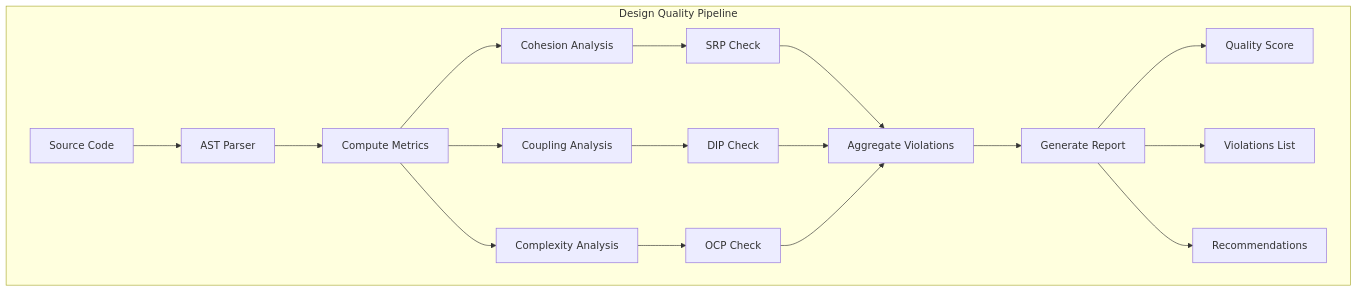
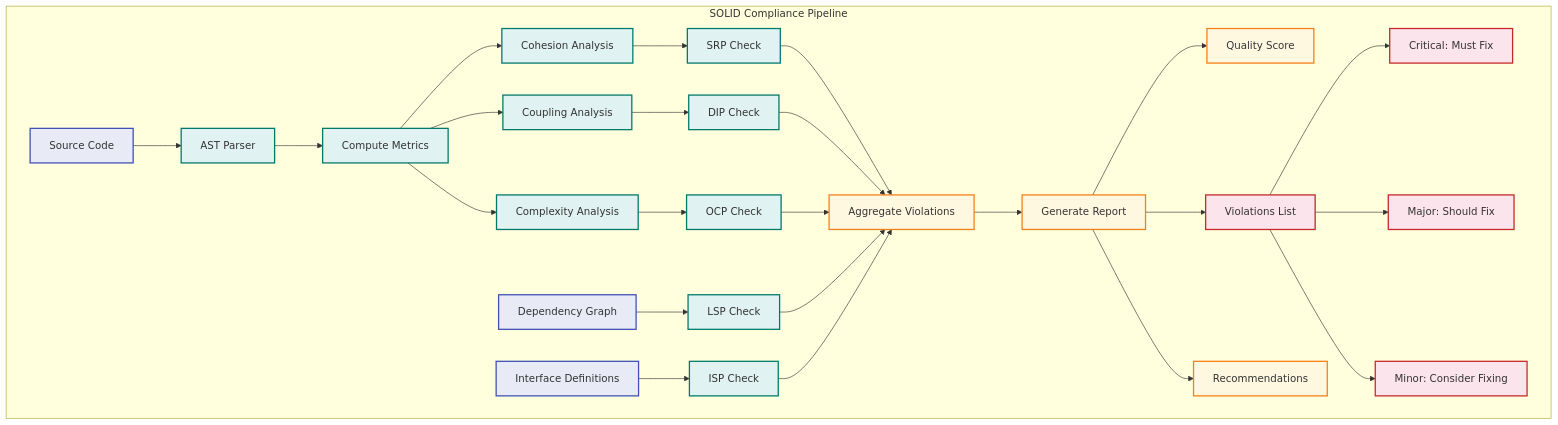
One commit to Raushan666java/ai-engineering-journey changed the third of 3 diagrams in docs/courses/software-engineering/05-design-implementation.md. Above: the diagram before and after it, drawn with Mermaid. The commit also changed other lines of this file and 15 other files, not shown here.

Commit message:
deploy: software-engineering overhaul - 16 chapters expanded to avg 1284L (+7649L), richer Mermaid, more TS, deeper content

````diff
--- a/docs/courses/software-engineering/05-design-implementation.md
+++ b/docs/courses/software-engineering/05-design-implementation.md
@@ -788,23 +1107,36 @@
 ```mermaid
 graph TD
-    subgraph "Design Quality Pipeline"
-        SRC[Source Code] --> PARSER[AST Parser]
-        PARSER --> METRICS[Compute Metrics]
-        METRICS --> COHESION[Cohesion Analysis]
-        METRICS --> COUPLING[Coupling Analysis]
-        METRICS --> COMPLEXITY[Complexity Analysis]
+    classDef source fill:#e8eaf6,stroke:#3f51b5,stroke-width:2px
+    classDef process fill:#e0f2f1,stroke:#00796b,stroke-width:2px
+    classDef output fill:#fff8e1,stroke:#f57f17,stroke-width:2px
+    classDef violation fill:#fce4ec,stroke:#c62828,stroke-width:2px
+
+    subgraph "SOLID Compliance Pipeline"
+        SRC[Source Code]:::source --> PARSER[AST Parser]:::process
+        PARSER --> METRICS[Compute Metrics]:::process
+        METRICS --> COHESION[Cohesion Analysis]:::process
+        METRICS --> COUPLING[Coupling Analysis]:::process
+        METRICS --> COMPLEXITY[Complexity Analysis]:::process
         
-        COHESION --> SRP[SRP Check]
-        COUPLING --> DIP[DIP Check]
-        COMPLEXITY --> OCP[OCP Check]
+        COHESION --> SRP[SRP Check]:::process
+        COUPLING --> DIP[DIP Check]:::process
+        COMPLEXITY --> OCP[OCP Check]:::process
+        DEPENDENCIES[Dependency Graph]:::source --> LSP[LSP Check]:::process
+        INTERFACES[Interface Definitions]:::source --> ISP[ISP Check]:::process
         
-        SRP --> AGG2[Aggregate Violations]
+        SRP --> AGG2[Aggregate Violations]:::output
         DIP --> AGG2
         OCP --> AGG2
+        LSP --> AGG2
+        ISP --> AGG2
         
-        AGG2 --> REPORT[Generate Report]
-        REPORT --> SCORE[Quality Score]
-        REPORT --> VIOLATIONS[Violations List]
-        REPORT --> RECOMMEND[Recommendations]
+        AGG2 --> REPORT[Generate Report]:::output
+        REPORT --> SCORE[Quality Score]:::output
+        REPORT --> VIO[Violations List]:::violation
+        REPORT --> RECOMMEND[Recommendations]:::output
+        
+        VIO --> CRITICAL[Critical: Must Fix]:::violation
+        VIO --> MAJOR[Major: Should Fix]:::violation
+        VIO --> MINOR[Minor: Consider Fixing]:::violation
     end
 ```
````
